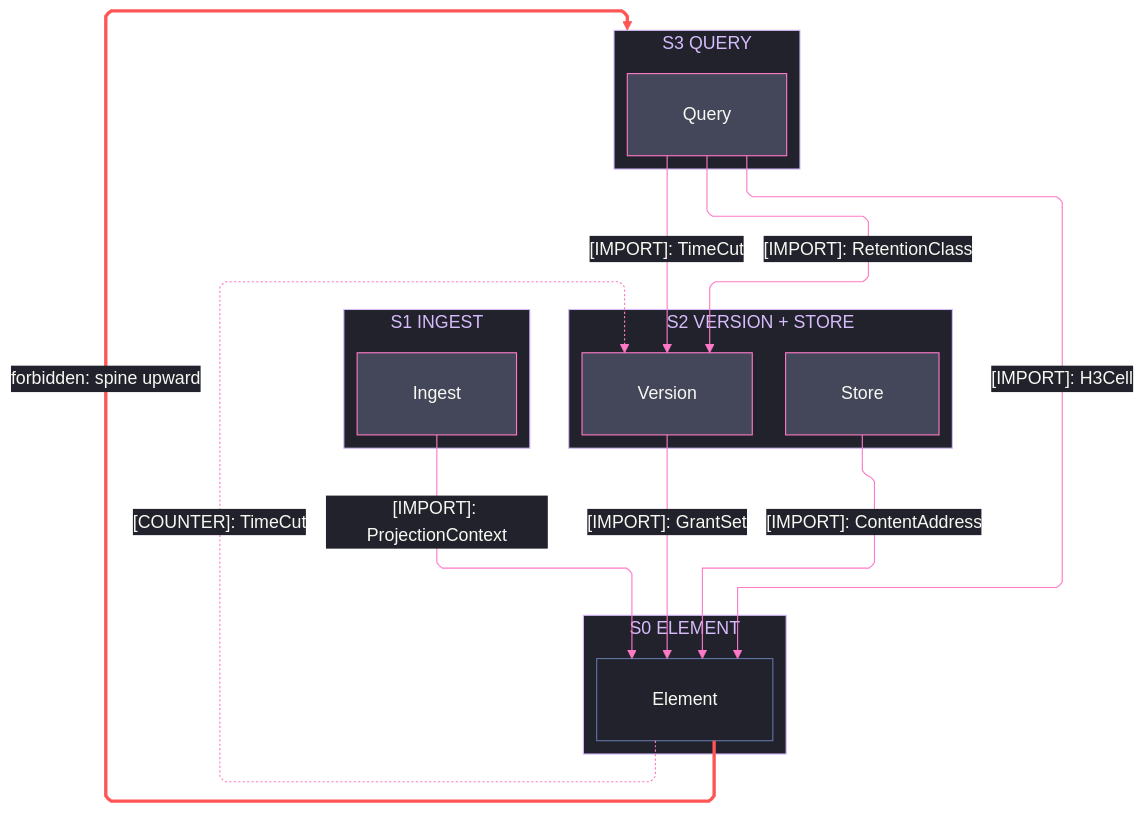
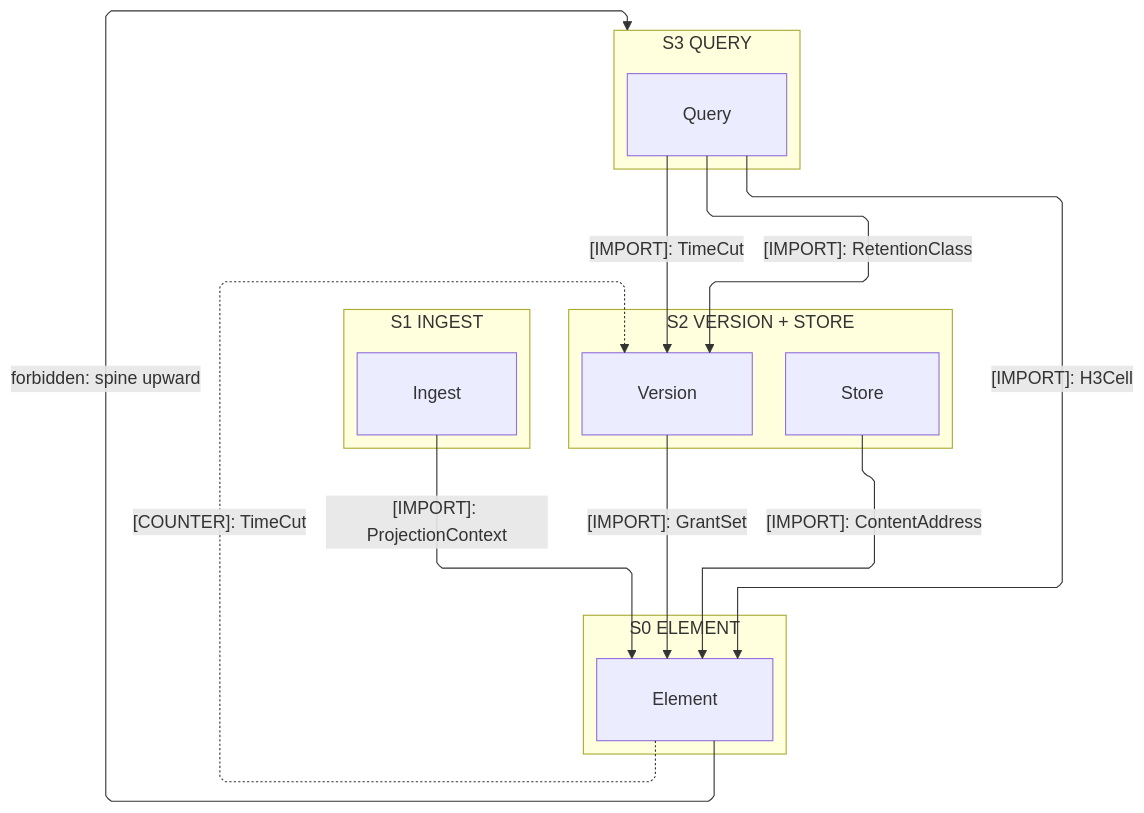
One commit to bsamiee/Rasm changed the first of 4 diagrams in libs/csharp/Rasm.Persistence/ARCHITECTURE.md. Above: the diagram before and after it, drawn with Mermaid. The commit also changed other lines of this file and 460 other files, not shown here.

````diff
--- a/libs/csharp/Rasm.Persistence/ARCHITECTURE.md
+++ b/libs/csharp/Rasm.Persistence/ARCHITECTURE.md
@@ -53,60 +54,33 @@
 ```mermaid
 ---
 config:
-  theme: base
-  look: classic
   layout: elk
   flowchart:
     curve: linear
     padding: 25
-  themeVariables:
-    darkMode: true
-    fontFamily: "SF Mono, Menlo, Cascadia Mono, Segoe UI Mono, Consolas, monospace"
-    useGradient: false
-    dropShadow: "none"
-    background: "#282A36"
-    primaryColor: "#44475A"
-    primaryTextColor: "#F8F8F2"
-    primaryBorderColor: "#BD93F9"
-    lineColor: "#FF79C6"
-    textColor: "#F8F8F2"
-    clusterBkg: "#21222C"
-    clusterBorder: "#D6BCFA"
-    edgeLabelBackground: "#21222C"
-    labelBackgroundColor: "#21222C"
-    titleColor: "#D6BCFA"
-  themeCSS: ".nodeLabel{font-size:13px;font-weight:500}.edgeLabel{font-size:12px;font-weight:500}.cluster-label .nodeLabel{font-size:13.5px;font-weight:700;letter-spacing:.08em}.edge-thickness-normal{stroke-width:2px}.edge-thickness-thick{stroke-width:3px}.edge-pattern-dashed,.edge-pattern-dotted{stroke-width:1.5px;stroke-dasharray:4 6}.node rect,.node circle,.node polygon,.node path,.node .outer-path{stroke-width:1.5px;filter:none!important}.cluster rect{stroke-width:1px!important;stroke-dasharray:5 4!important;filter:none!important}.marker path{transform:scale(.8);transform-origin:5px 5px}.marker circle{transform:scale(.48);transform-origin:5px 5px}.edgeLabel rect{transform-box:fill-box;transform-origin:center;transform:scale(1.1,1.2)}"
 ---
 flowchart TB
     accTitle: Rasm.Persistence interior strata
     accDescr: Four stacked strata from the query read lanes through the coupled version-and-store tier and the ingest codecs onto the element system-of-record spine, every consumption edge downward and solid naming one sourced type, one dashed ruled counter-edge carrying the ReadAsOf TimeCut payload upward from Element to Version, and one forbidden upward edge styled red.
     subgraph L3["S3 QUERY"]
         Query[Query]
     end
     subgraph L2["S2 VERSION + STORE"]
         Version[Version]
         Store[Store]
     end
     subgraph L1["S1 INGEST"]
         Ingest[Ingest]
     end
     subgraph L0["S0 ELEMENT"]
         Element[Element]
     end
     Query e1@-->|"[IMPORT]: TimeCut"| Version
     Query e2@-->|"[IMPORT]: RetentionClass"| Version
     Query e3@-->|"[IMPORT]: H3Cell"| Element
     Version e4@-->|"[IMPORT]: GrantSet"| Element
     Store e5@-->|"[IMPORT]: ContentAddress"| Element
     Ingest e6@-->|"[IMPORT]: ProjectionContext"| Element
     Element e7@-.->|"[COUNTER]: TimeCut"| Version
     Element f1@-->|"forbidden: spine upward"| L3
-    classDef primary fill:#44475A,stroke:#FF79C6,color:#F8F8F2
-    classDef recessed fill:#21222C,stroke:#6272A4,color:#F8F8F2
-    classDef edgeControl stroke:#FF79C6,color:#F8F8F2
-    classDef edgeError stroke:#FF5555,stroke-width:3px,color:#F8F8F2
-    class Query,Version,Store,Ingest primary
-    class Element recessed
-    class e1,e2,e3,e4,e5,e6,e7 edgeControl
-    class f1 edgeError
 ```
````
